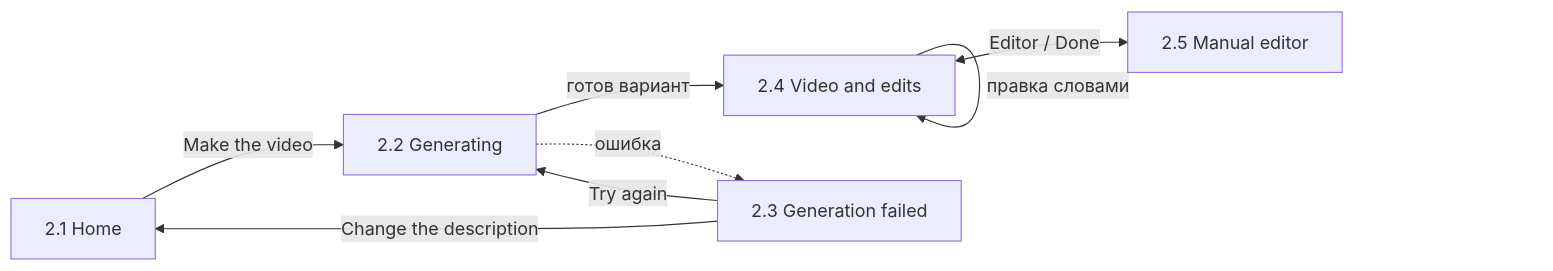
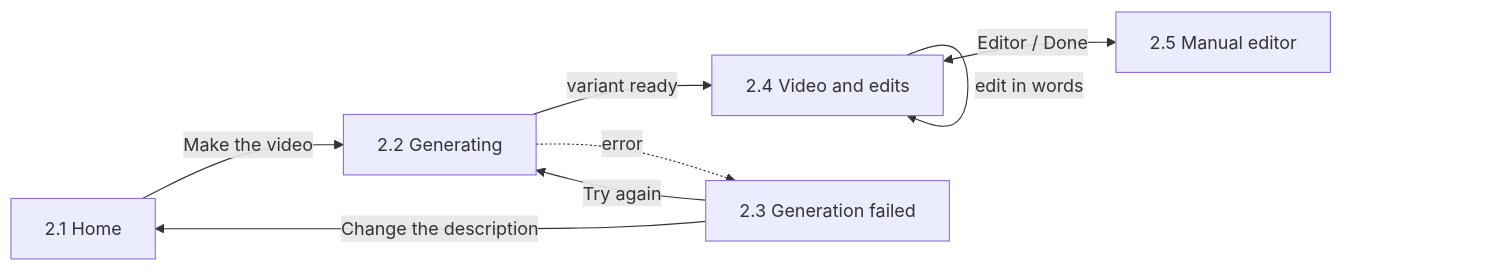
One commit to Ramil3107/saymo changed the third of 3 diagrams in docs/product/03-user-flows.md. Above: the diagram before and after it, drawn with Mermaid. The commit also changed other lines of this file and 17 other files, not shown here.

````diff
--- a/docs/product/03-user-flows.md
+++ b/docs/product/03-user-flows.md
@@ -48,10 +48,10 @@
 ```mermaid
 flowchart LR
   H[2.1 Home] -->|Make the video| G[2.2 Generating]
-  G -->|готов вариант| R[2.4 Video and edits]
-  G -.->|ошибка| F[2.3 Generation failed]
+  G -->|variant ready| R[2.4 Video and edits]
+  G -.->|error| F[2.3 Generation failed]
   F -->|Try again| G
   F -->|Change the description| H
   R <-->|Editor / Done| ED[2.5 Manual editor]
-  R -->|правка словами| R
+  R -->|edit in words| R
 ```
````
